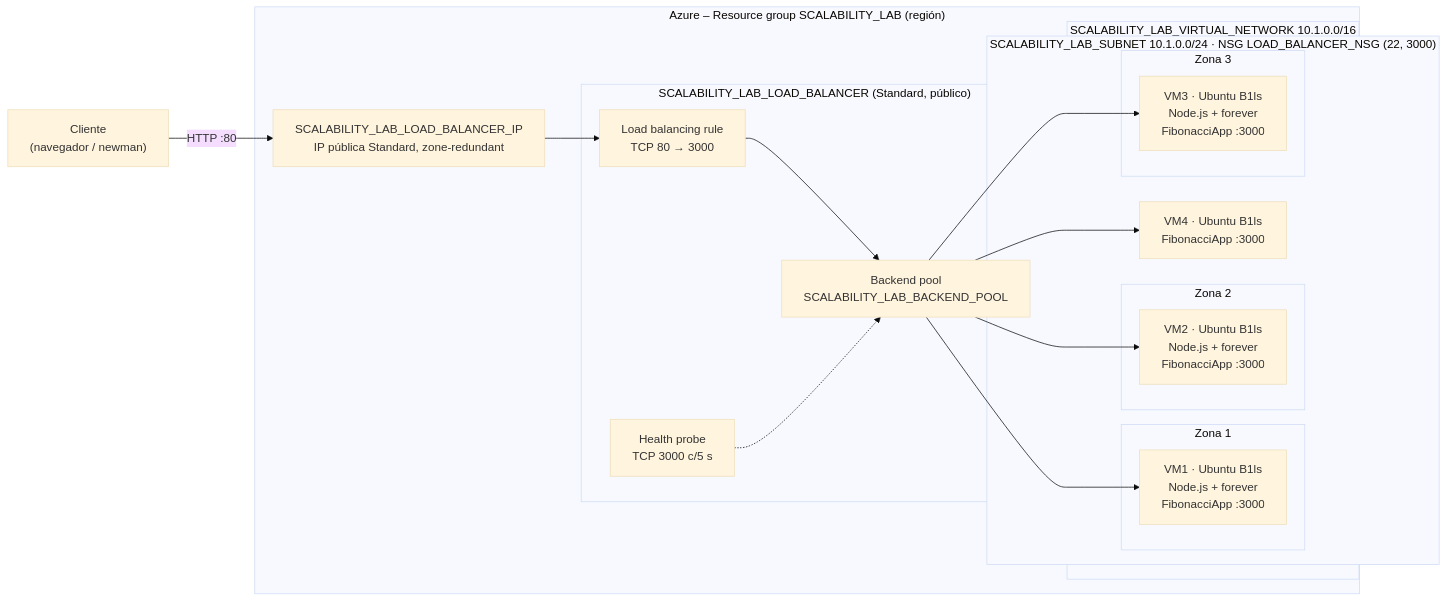
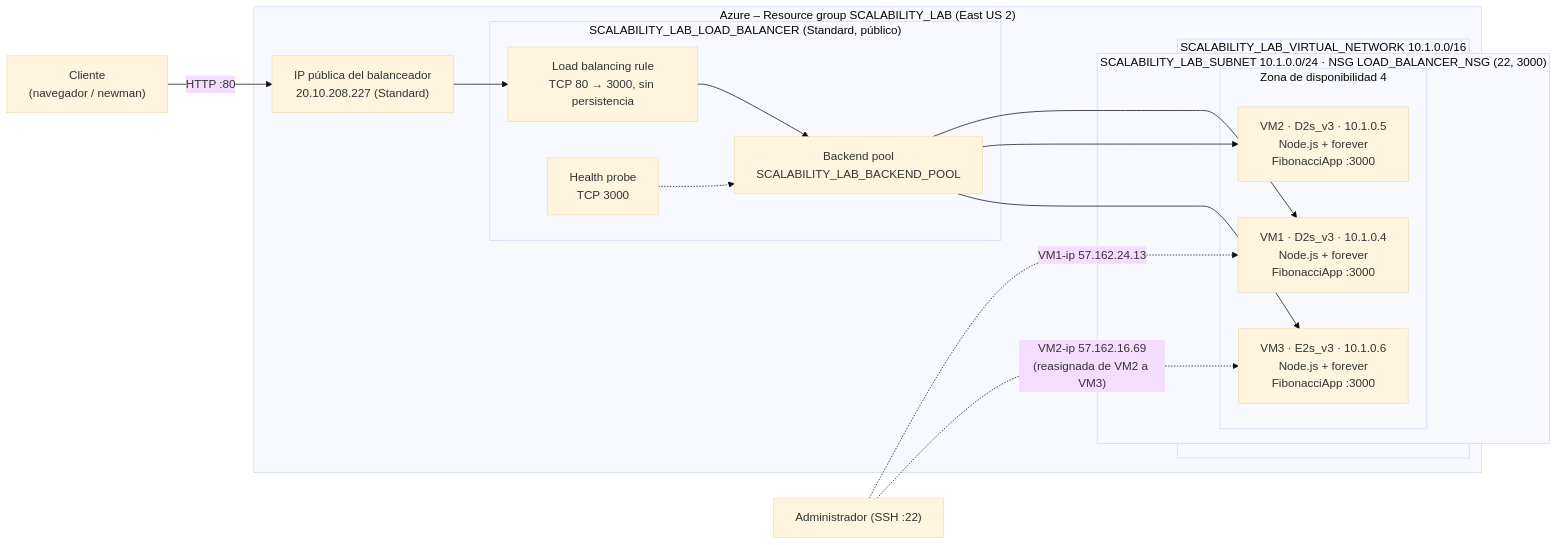
The diagram in INFORME.md (Cam1lo27/ARSW_LAB09_LOAD-BALANCING_AZURE), drawn with Mermaid (base theme) before and after one commit. The commit also changed other lines of this file and 28 other files, not shown here.

````diff
--- a/INFORME.md
+++ b/INFORME.md
@@ -518,31 +645,28 @@
 ```mermaid
 flowchart LR
     C["Cliente<br/>(navegador / newman)"] -->|"HTTP :80"| PIP
 
-    subgraph AZ["Azure – Resource group SCALABILITY_LAB (región)"]
-        PIP["SCALABILITY_LAB_LOAD_BALANCER_IP<br/>IP pública Standard, zone-redundant"]
+    subgraph AZ["Azure – Resource group SCALABILITY_LAB (East US 2)"]
+        PIP["IP pública del balanceador<br/>20.10.208.227 (Standard)"]
         subgraph LB["SCALABILITY_LAB_LOAD_BALANCER (Standard, público)"]
-            R["Load balancing rule<br/>TCP 80 → 3000"]
-            HP["Health probe<br/>TCP 3000 c/5 s"]
+            R["Load balancing rule<br/>TCP 80 → 3000, sin persistencia"]
+            HP["Health probe<br/>TCP 3000"]
             BP["Backend pool<br/>SCALABILITY_LAB_BACKEND_POOL"]
         end
         PIP --> R --> BP
         HP -.-> BP
 
         subgraph VNET["SCALABILITY_LAB_VIRTUAL_NETWORK 10.1.0.0/16"]
             subgraph SUB["SCALABILITY_LAB_SUBNET 10.1.0.0/24 · NSG LOAD_BALANCER_NSG (22, 3000)"]
-                subgraph Z1["Zona 1"]
-                    VM1["VM1 · Ubuntu B1ls<br/>Node.js + forever<br/>FibonacciApp :3000"]
+                subgraph Z4["Zona de disponibilidad 4"]
+                    VM1["VM1 · D2s_v3 · 10.1.0.4<br/>Node.js + forever<br/>FibonacciApp :3000"]
+                    VM2["VM2 · D2s_v3 · 10.1.0.5<br/>Node.js + forever<br/>FibonacciApp :3000"]
+                    VM3["VM3 · E2s_v3 · 10.1.0.6<br/>Node.js + forever<br/>FibonacciApp :3000"]
                 end
-                subgraph Z2["Zona 2"]
-                    VM2["VM2 · Ubuntu B1ls<br/>Node.js + forever<br/>FibonacciApp :3000"]
-                end
-                subgraph Z3["Zona 3"]
-                    VM3["VM3 · Ubuntu B1ls<br/>Node.js + forever<br/>FibonacciApp :3000"]
-                end
-                VM4["VM4 · Ubuntu B1ls<br/>FibonacciApp :3000"]
             end
         end
-        BP --> VM1 & VM2 & VM3 & VM4
+        BP --> VM1 & VM2 & VM3
     end
+    A["Administrador (SSH :22)"] -.->|"VM1-ip 57.162.24.13"| VM1
+    A -.->|"VM2-ip 57.162.16.69<br/>(reasignada de VM2 a VM3)"| VM3
 ```
````
